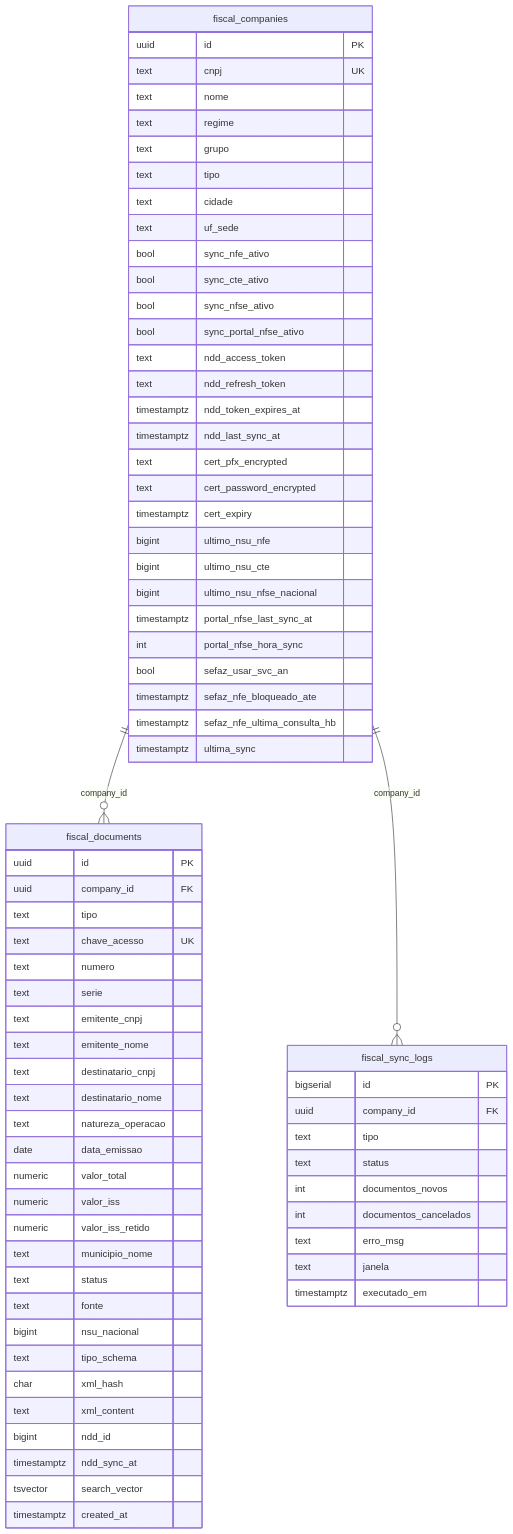
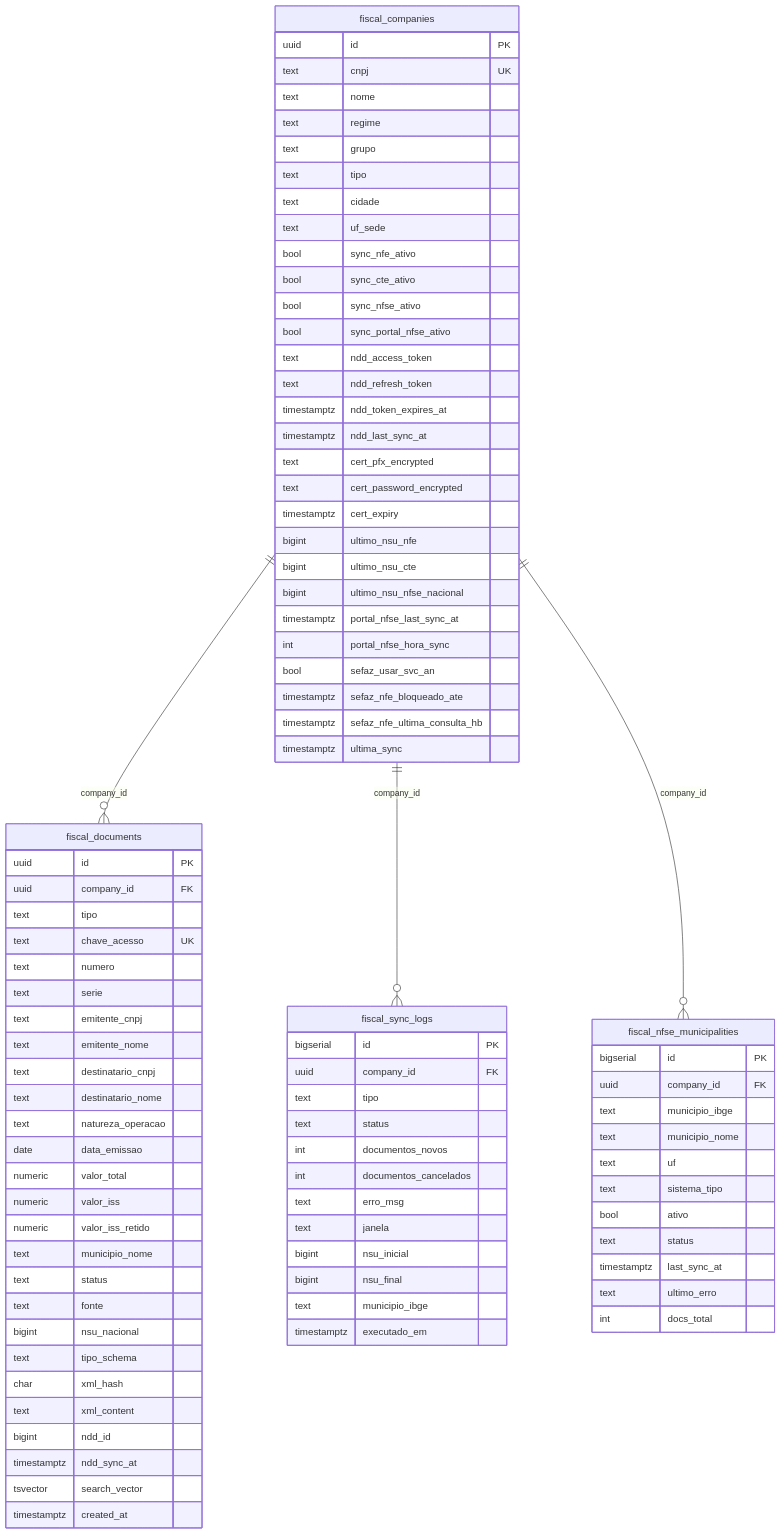
The seventh of 7 diagrams in docs/arquitetura.md (Victorramalho61/projetct_jarvis), drawn with Mermaid before and after one commit. The commit also changed other lines of this file, not shown here.

````diff
--- a/docs/arquitetura.md
+++ b/docs/arquitetura.md
@@ -1246,9 +1248,27 @@
         int documentos_cancelados
         text erro_msg
         text janela
+        bigint nsu_inicial
+        bigint nsu_final
+        text municipio_ibge
         timestamptz executado_em
+    }
+
+    fiscal_nfse_municipalities {
+        bigserial id PK
+        uuid company_id FK
+        text municipio_ibge
+        text municipio_nome
+        text uf
+        text sistema_tipo
+        bool ativo
+        text status
+        timestamptz last_sync_at
+        text ultimo_erro
+        int docs_total
     }
 
     fiscal_companies ||--o{ fiscal_documents : "company_id"
     fiscal_companies ||--o{ fiscal_sync_logs : "company_id"
+    fiscal_companies ||--o{ fiscal_nfse_municipalities : "company_id"
 ```
````
